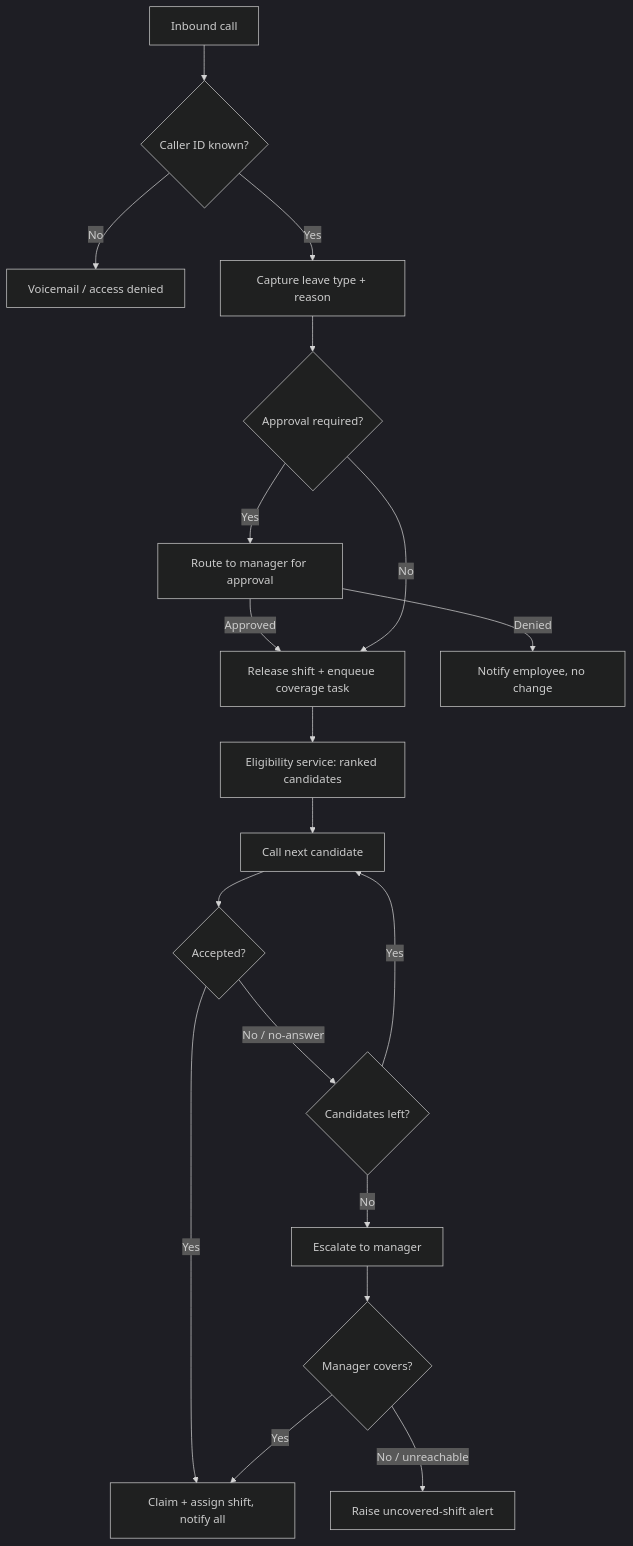
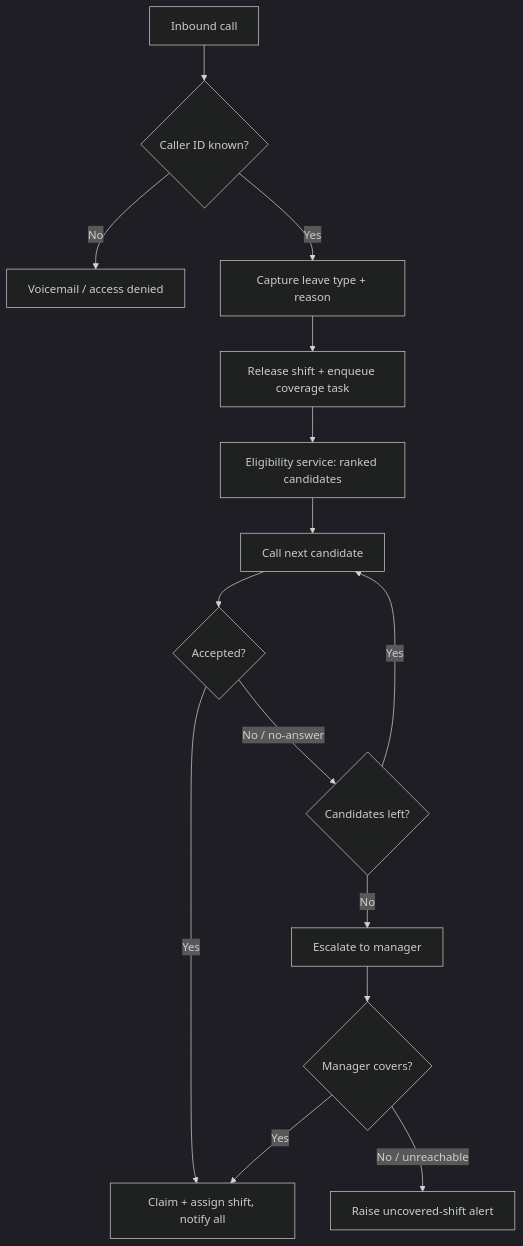
The diagram in PRD.md (HaseebKhanYT/multi-modal-hack), drawn with Mermaid (dark theme) before and after one commit. The commit also changed other lines of this file, not shown here.

````diff
--- a/PRD.md
+++ b/PRD.md
@@ -85,21 +87,17 @@
 ```mermaid
 flowchart TD
   A[Inbound call] --> B{Caller ID known?}
   B -- No --> V[Voicemail / access denied]
   B -- Yes --> C[Capture leave type + reason]
-  C --> D{Approval required?}
-  D -- Yes --> M1[Route to manager for approval]
-  M1 -- Approved --> E[Release shift + enqueue coverage task]
-  M1 -- Denied --> Z1[Notify employee, no change]
-  D -- No --> E
+  C --> E[Release shift + enqueue coverage task]
   E --> F[Eligibility service: ranked candidates]
   F --> G[Call next candidate]
   G --> H{Accepted?}
   H -- Yes --> I[Claim + assign shift, notify all]
   H -- "No / no-answer" --> J{Candidates left?}
   J -- Yes --> G
   J -- No --> K[Escalate to manager]
   K --> L{Manager covers?}
   L -- Yes --> I
   L -- "No / unreachable" --> N[Raise uncovered-shift alert]
 ```
````
